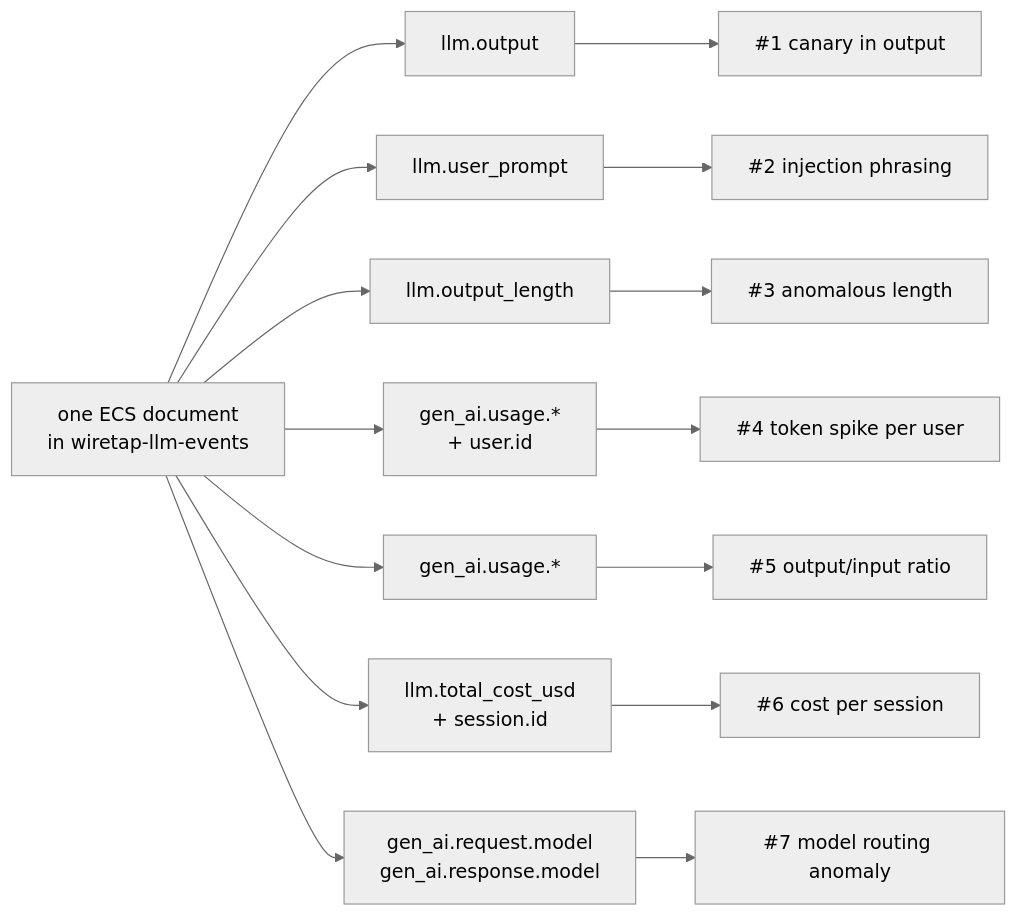
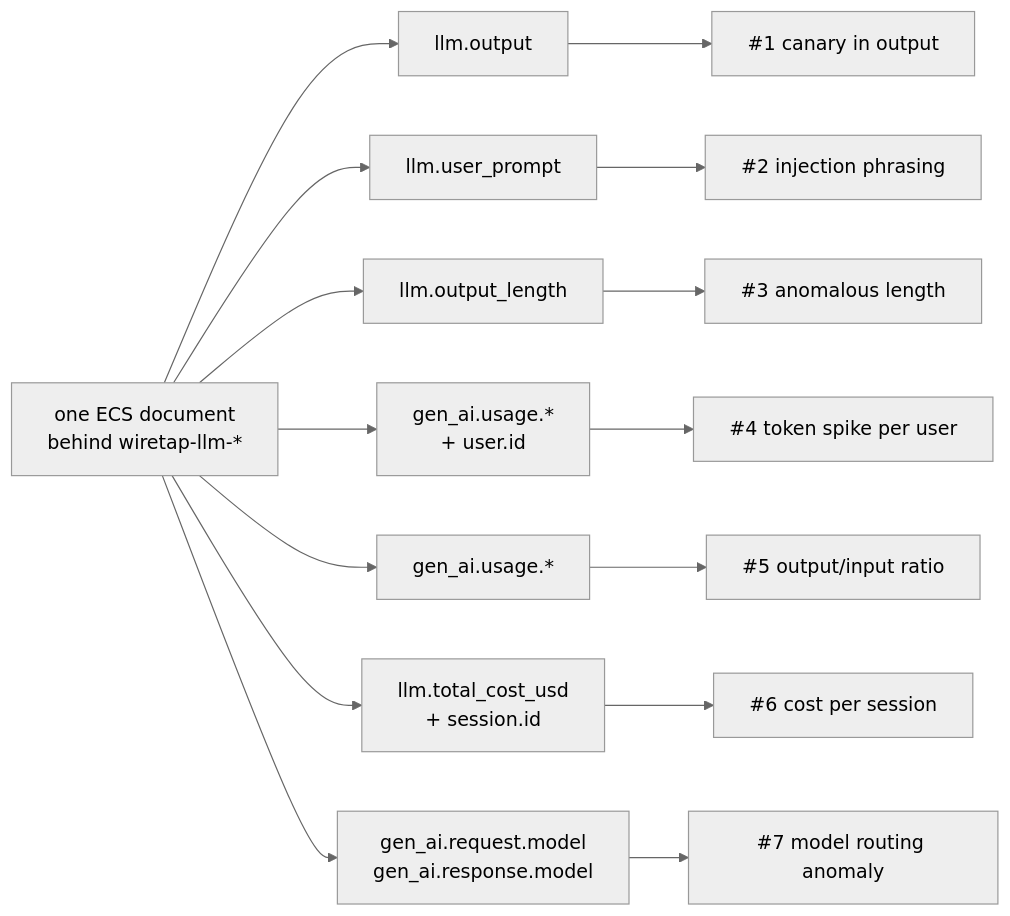
The first of 2 diagrams in docs/DETECTIONS.md (Anwesh-Mahapatra/wiretap), drawn with Mermaid (neutral theme) before and after one commit. The commit also changed other lines of this file and 3 other files, not shown here.

````diff
--- a/docs/DETECTIONS.md
+++ b/docs/DETECTIONS.md
@@ -30,11 +31,11 @@
 ```mermaid
 flowchart LR
-    doc["one ECS document<br/>in wiretap-llm-events"]
+    doc["one ECS document<br/>behind wiretap-llm-*"]
     doc --> f1["llm.output"] --> d1["#1 canary in output"]
     doc --> f2["llm.user_prompt"] --> d2["#2 injection phrasing"]
     doc --> f3["llm.output_length"] --> d3["#3 anomalous length"]
     doc --> f4["gen_ai.usage.*<br/>+ user.id"] --> d4["#4 token spike per user"]
     doc --> f5["gen_ai.usage.*"] --> d5["#5 output/input ratio"]
     doc --> f6["llm.total_cost_usd<br/>+ session.id"] --> d6["#6 cost per session"]
     doc --> f7["gen_ai.request.model<br/>gen_ai.response.model"] --> d7["#7 model routing anomaly"]
 ```
````
